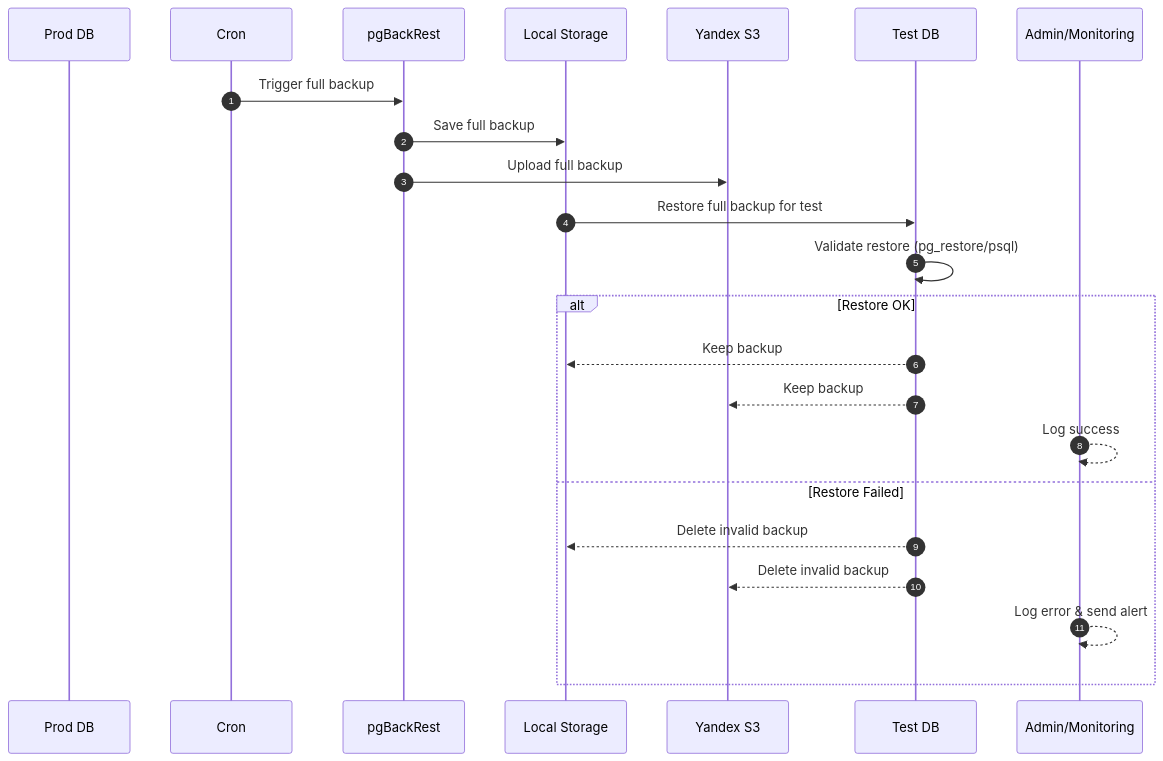
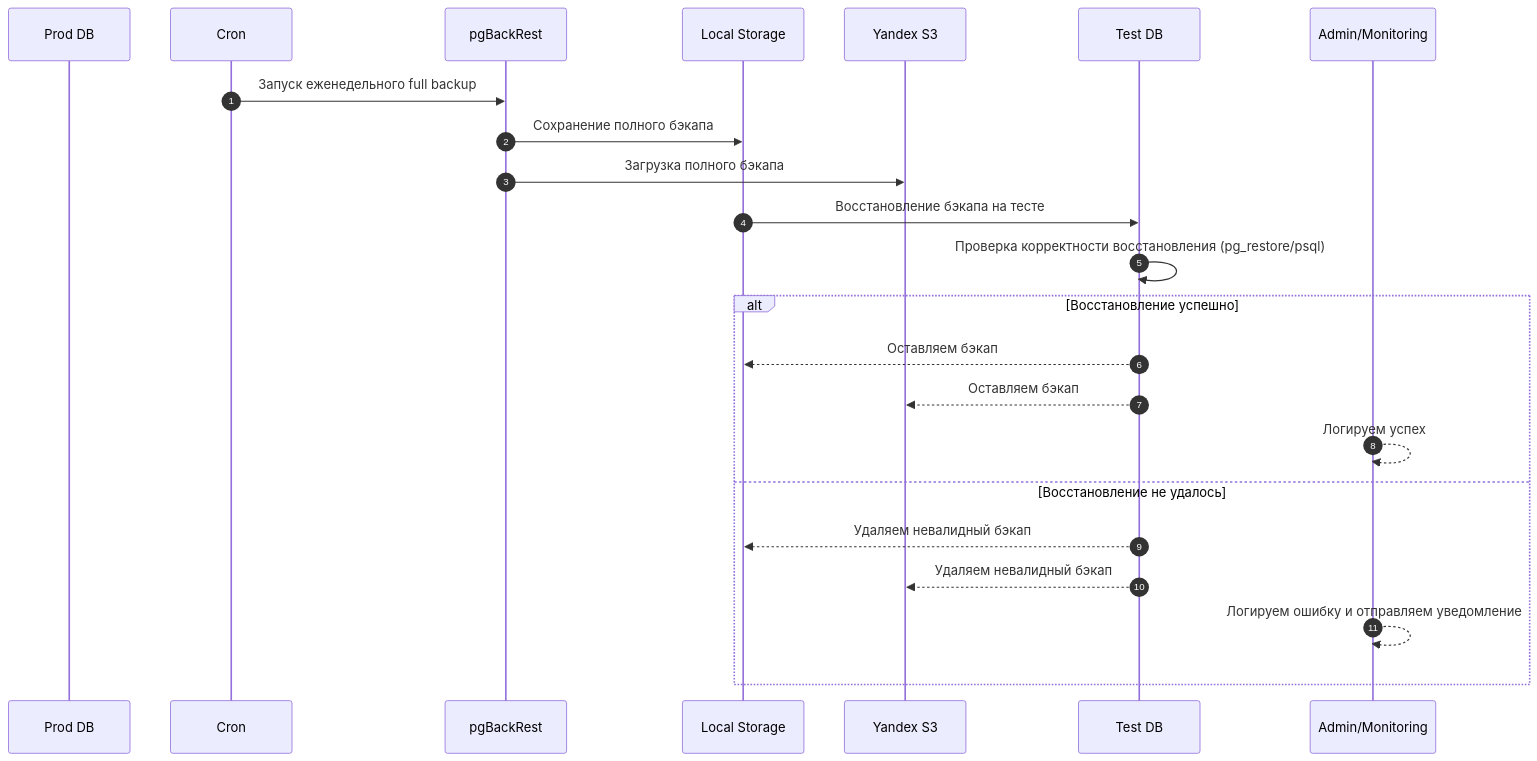
The second of 3 diagrams in CoreNotes/План РК для продуктивной БД.md (G4CHIM4STER/ObsidianVault), drawn with Mermaid before and after one commit. The commit also changed other lines of this file, not shown here.

Commit message:
vault backup: 2025-09-18 08:06:13

````diff
--- a/CoreNotes/План РК для продуктивной БД.md
+++ b/CoreNotes/План РК для продуктивной БД.md
@@ -83,27 +83,28 @@
 ```mermaid
 sequenceDiagram
     autonumber
     participant ProdDB as Prod DB
     participant Cron as Cron
     participant pgBackRest as pgBackRest
     participant Local as Local Storage
     participant S3 as Yandex S3
     participant TestDB as Test DB
     participant Admin as Admin/Monitoring
 
-    Cron->>pgBackRest: Trigger full backup
-    pgBackRest->>Local: Save full backup
-    pgBackRest->>S3: Upload full backup
-    Local->>TestDB: Restore full backup for test
-    TestDB->>TestDB: Validate restore (pg_restore/psql)
-    alt Restore OK
-        TestDB-->>Local: Keep backup
-        TestDB-->>S3: Keep backup
-        Admin-->>Admin: Log success
-    else Restore Failed
-        TestDB-->>Local: Delete invalid backup
-        TestDB-->>S3: Delete invalid backup
-        Admin-->>Admin: Log error & send alert
+    Cron->>pgBackRest: Запуск еженедельного full backup
+    pgBackRest->>Local: Сохранение полного бэкапа
+    pgBackRest->>S3: Загрузка полного бэкапа
+    Local->>TestDB: Восстановление бэкапа на тесте
+    TestDB->>TestDB: Проверка корректности восстановления (pg_restore/psql)
+    alt Восстановление успешно
+        TestDB-->>Local: Оставляем бэкап
+        TestDB-->>S3: Оставляем бэкап
+        Admin-->>Admin: Логируем успех
+    else Восстановление не удалось
+        TestDB-->>Local: Удаляем невалидный бэкап
+        TestDB-->>S3: Удаляем невалидный бэкап
+        Admin-->>Admin: Логируем ошибку и отправляем уведомление
     end
 
+
 ```
````
